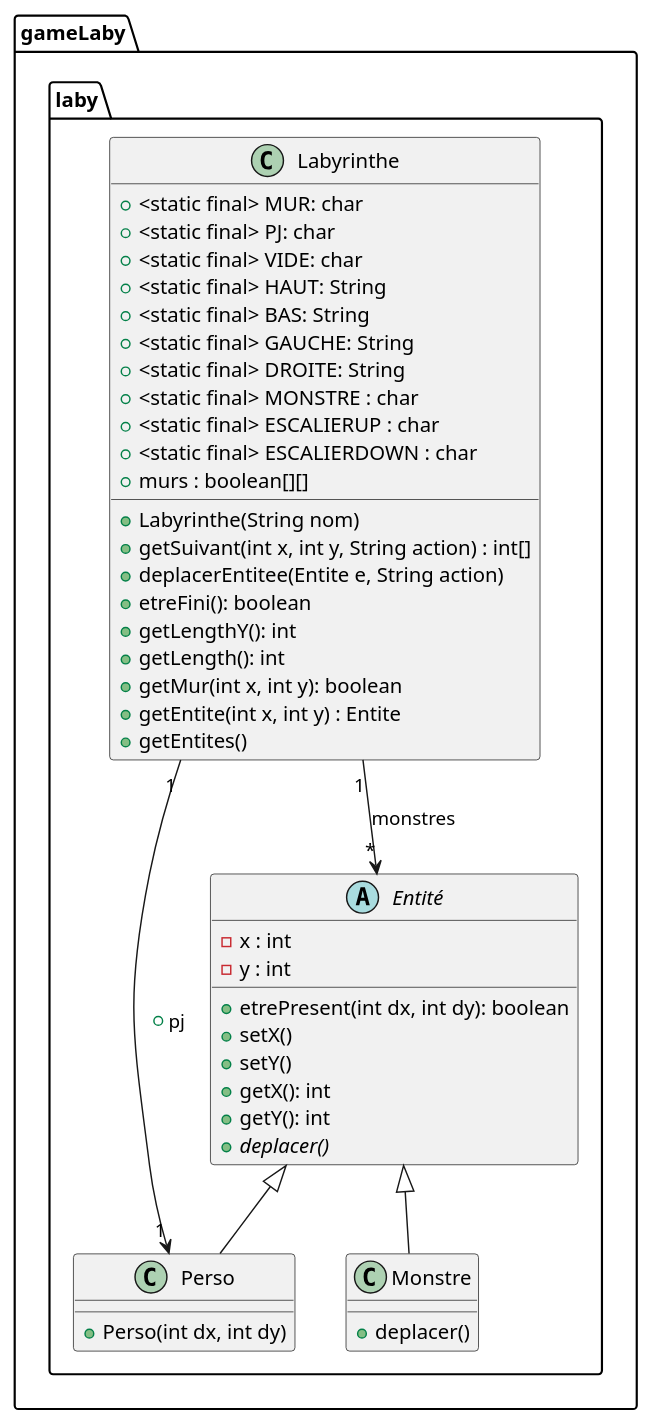
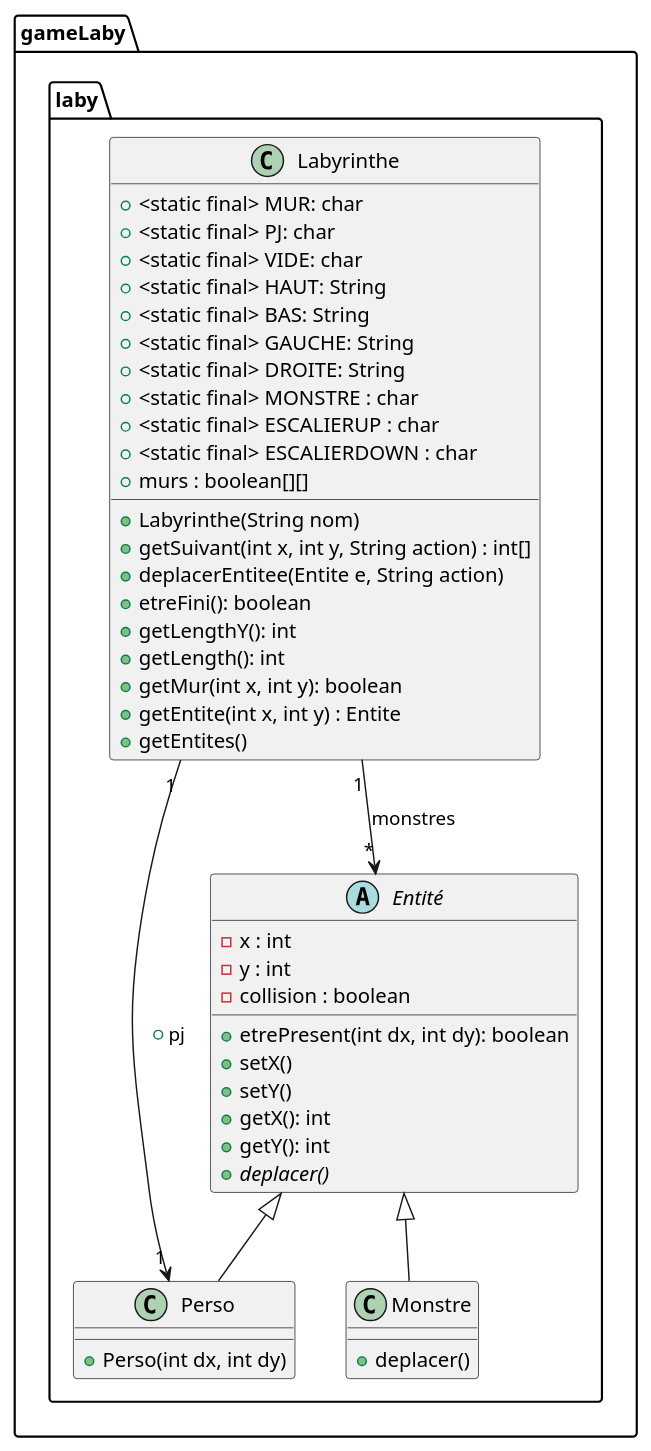
The diagram in zeldiablo/documents/version_2/diagclass_laby.puml (celie-ponroy/2023_S2.01_Zeldiablo_ponroy_roth_prykhodko_bortolotti), drawn with PlantUML before and after one commit. The commit also changed 3 other files, not shown here.

Commit message:
modif des diagrammes de classe et seq

```diff
--- a/zeldiablo/documents/version_2/diagclass_laby.puml
+++ b/zeldiablo/documents/version_2/diagclass_laby.puml
@@ -1,47 +1,48 @@
 @startuml
 package gameLaby.laby{
 class Labyrinthe{
 + <static final> MUR: char
 + <static final> PJ: char
 + <static final> VIDE: char
 + <static final> HAUT: String
 + <static final> BAS: String
 + <static final> GAUCHE: String
 + <static final> DROITE: String
 + <static final> MONSTRE : char
 + <static final> ESCALIERUP : char
 + <static final> ESCALIERDOWN : char
 + murs : boolean[][]
 + Labyrinthe(String nom)
 + getSuivant(int x, int y, String action) : int[]
 + deplacerEntitee(Entite e, String action)
 + etreFini(): boolean
 + getLengthY(): int
 + getLength(): int
 + getMur(int x, int y): boolean
 + getEntite(int x, int y) : Entite
 + getEntites()
 
 }
 class Perso{
 +Perso(int dx, int dy)
 }
 Abstract class Entité{
 - x : int
 - y : int
+- collision : boolean
 + etrePresent(int dx, int dy): boolean
 +setX()
 +setY()
 +getX(): int
 +getY(): int
 +{abstract}deplacer()
 }
 class Monstre{
 +deplacer()
 }
 }
 Labyrinthe "1" --> "*" Entité : monstres
 Labyrinthe "1" --> "1" Perso : + pj
 Entité <|-- Monstre
 Entité <|-- Perso
 @enduml
```
